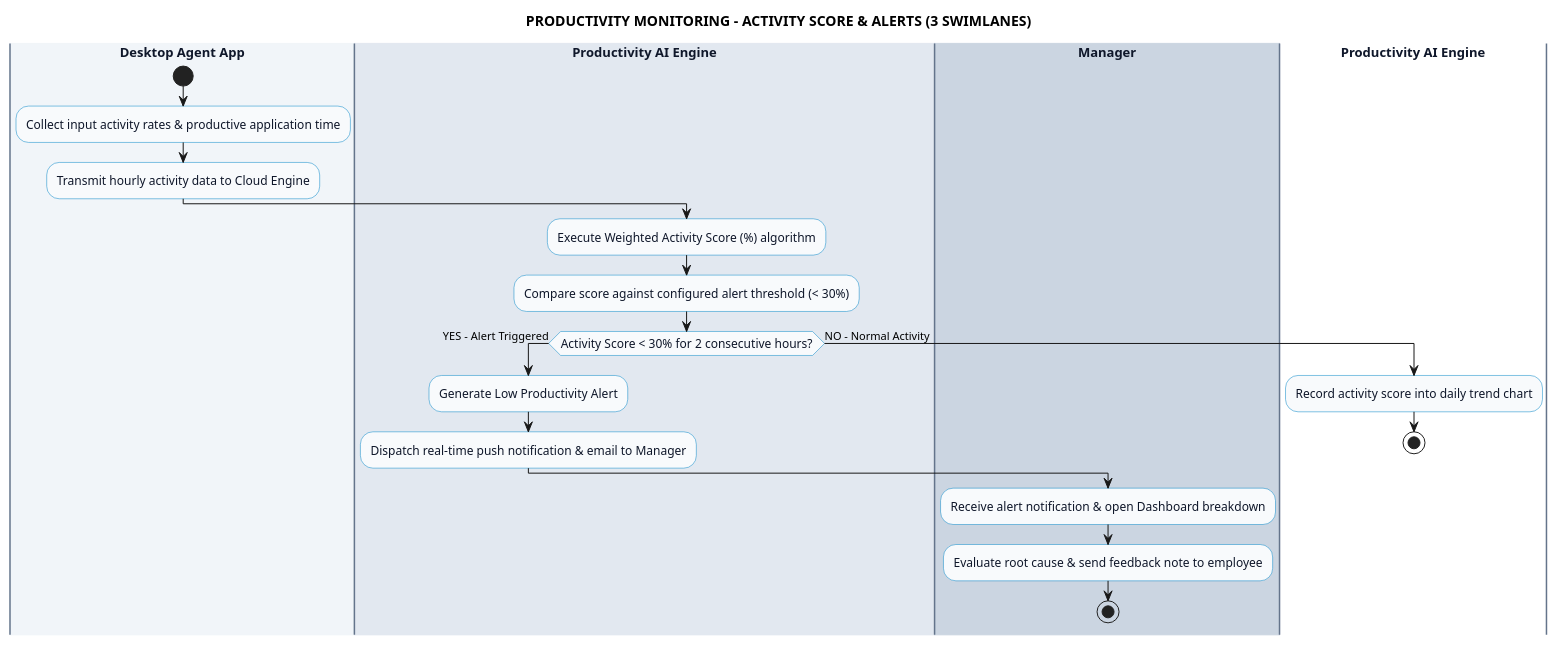
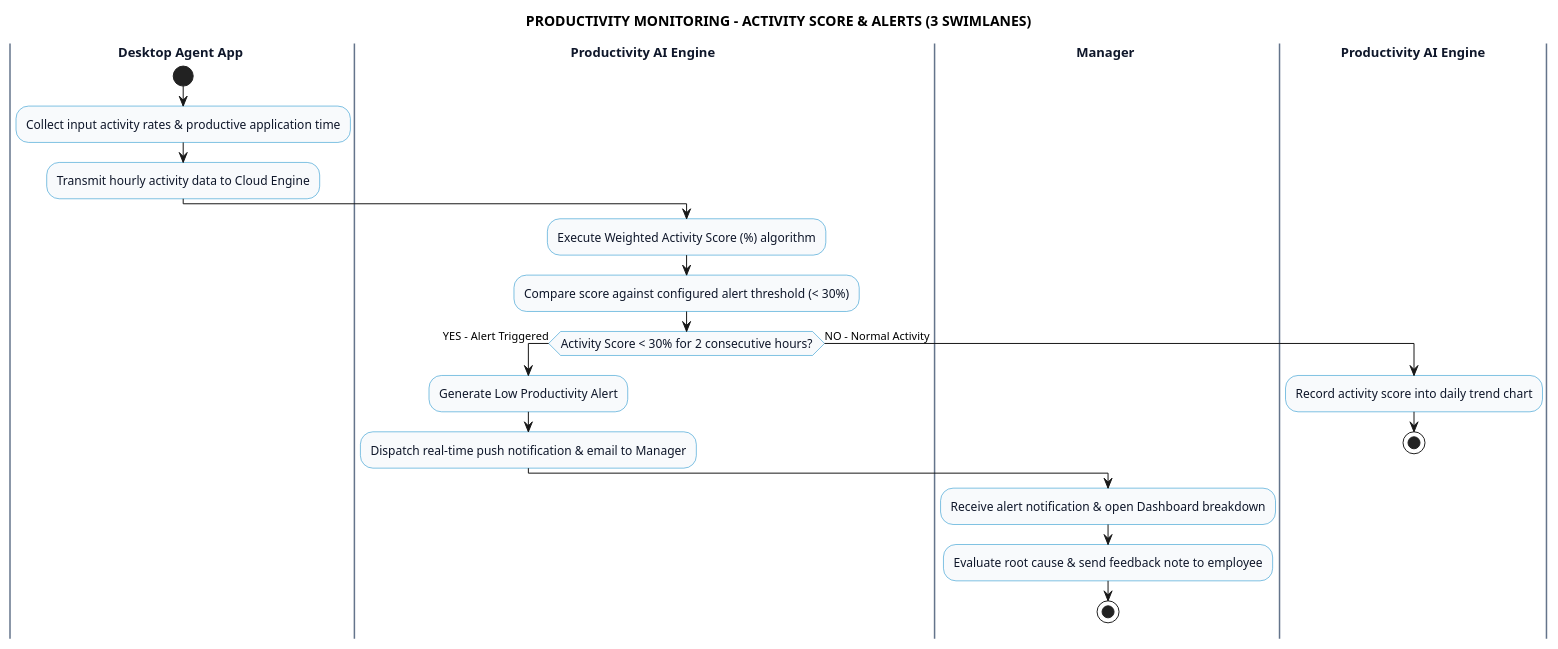
The diagram in docs/swimlane/productivity_monitoring/ActivityScoreAlertsDiagram.md (Dikhang1112/Monitoring_HR), drawn with PlantUML before and after one commit. The commit also changed other lines of this file and 47 other files, not shown here.

Commit message:
Refactor usecase diagram and swimlane

````diff
--- a/docs/swimlane/productivity_monitoring/ActivityScoreAlertsDiagram.md
+++ b/docs/swimlane/productivity_monitoring/ActivityScoreAlertsDiagram.md
@@ -9,49 +9,49 @@
 ```plantuml
 @startuml
 title PRODUCTIVITY MONITORING - ACTIVITY SCORE & ALERTS (3 SWIMLANES)
 
 skinparam linetype ortho
 skinparam nodesep 60
 skinparam ranksep 80
 
 skinparam activity {
   BackgroundColor #f8fafc
   BorderColor #0284c7
   FontColor #0f172a
   FontSize 12
 }
 skinparam swimlane {
   BorderColor #64748b
   TitleFontColor #0f172a
   TitleFontSize 13
   TitleFontStyle bold
 }
 
 ' =====================================================
 ' 3 SWIMLANES DECLARATION
 ' =====================================================
-|#f1f5f9| Desktop Agent App |
+|Desktop Agent App |
 start
 :Collect input activity rates & productive application time;
 :Transmit hourly activity data to Cloud Engine;
 
-|#e2e8f0| Productivity AI Engine |
+|Productivity AI Engine |
 :Execute Weighted Activity Score (%) algorithm;
 :Compare score against configured alert threshold (< 30%);
 
 if (Activity Score < 30% for 2 consecutive hours?) then (YES - Alert Triggered)
   :Generate Low Productivity Alert;
   :Dispatch real-time push notification & email to Manager;
 
-  |#cbd5e1| Manager |
+  |Manager |
   :Receive alert notification & open Dashboard breakdown;
   :Evaluate root cause & send feedback note to employee;
   stop
 else (NO - Normal Activity)
   |Productivity AI Engine|
   :Record activity score into daily trend chart;
   stop
 endif
 
 @enduml
 ```
````
